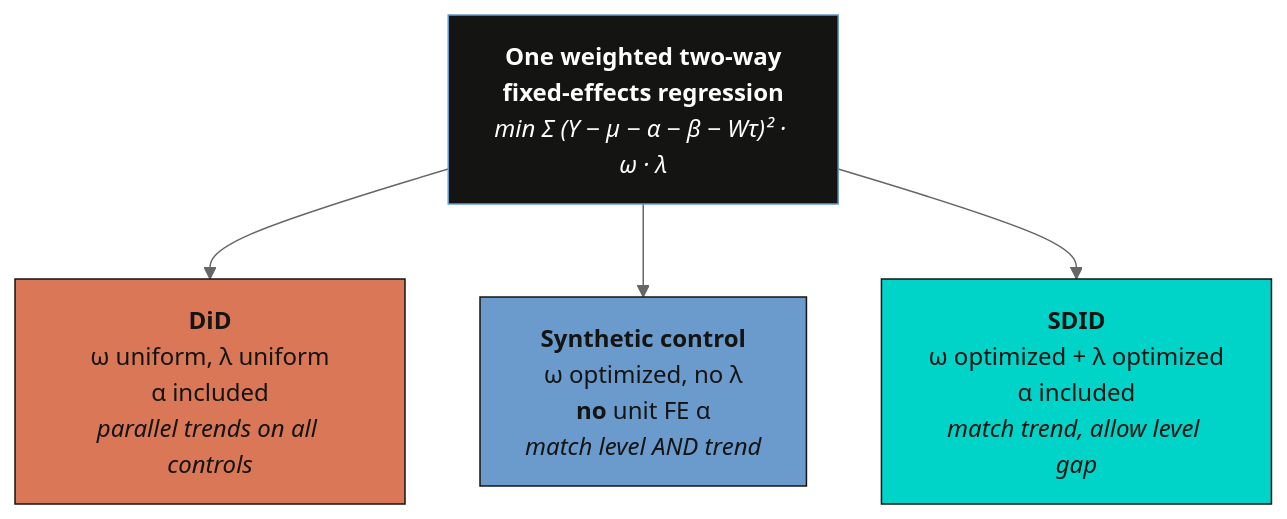
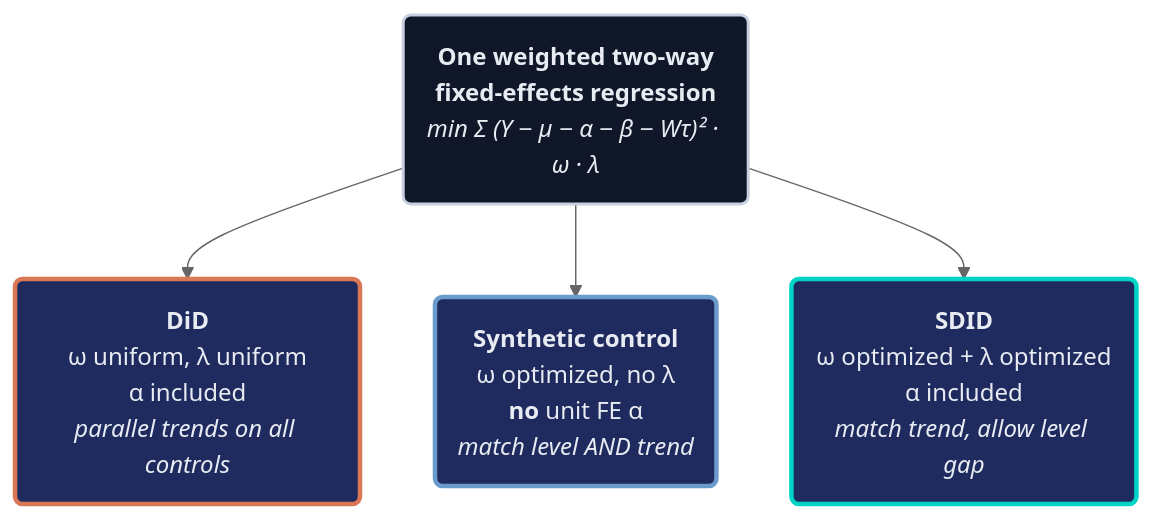
One commit to cmg777/starter-academic-v501 changed the second of 3 diagrams in content/post/stata_sdid/index.md. Above: the diagram before and after it, drawn with Mermaid (neutral theme). The commit also changed other lines of this file and 10 other files, not shown here.

First line of the commit message:
content(mermaid): restyle flowcharts in Stata posts (batch 2 of 2) and the EM publication (EN/ES/JA); add log

````diff
--- a/content/post/stata_sdid/index.md
+++ b/content/post/stata_sdid/index.md
@@ -241,11 +244,15 @@
 ```mermaid
 graph TD
-    OBJ["<b>One weighted two-way<br/>fixed-effects regression</b><br/><i>min Σ (Y − μ − α − β − Wτ)² · ω · λ</i>"]
-    OBJ --> DID["<b>DiD</b><br/>ω uniform, λ uniform<br/>α included<br/><i>parallel trends on all controls</i>"]
-    OBJ --> SC["<b>Synthetic control</b><br/>ω optimized, no λ<br/><b>no</b> unit FE α<br/><i>match level AND trend</i>"]
-    OBJ --> SDID["<b>SDID</b><br/>ω optimized + λ optimized<br/>α included<br/><i>match trend, allow level gap</i>"]
-    style OBJ fill:#141413,stroke:#6a9bcc,color:#fff
-    style DID fill:#d97757,stroke:#141413,color:#141413
-    style SC fill:#6a9bcc,stroke:#141413,color:#141413
-    style SDID fill:#00d4c8,stroke:#141413,color:#141413
+    OBJ("<b>One weighted two-way<br/>fixed-effects regression</b><br/><i>min Σ (Y − μ − α − β − Wτ)² · ω · λ</i>")
+    OBJ --> DID("<b>DiD</b><br/>ω uniform, λ uniform<br/>α included<br/><i>parallel trends on all controls</i>")
+    OBJ --> SC("<b>Synthetic control</b><br/>ω optimized, no λ<br/><b>no</b> unit FE α<br/><i>match level AND trend</i>")
+    OBJ --> SDID("<b>SDID</b><br/>ω optimized + λ optimized<br/>α included<br/><i>match trend, allow level gap</i>")
+    classDef anchor fill:#0f1729,stroke:#c8d0e0,stroke-width:2px,color:#e8ecf2
+    classDef orange fill:#1f2b5e,stroke:#d97757,stroke-width:3px,color:#e8ecf2
+    classDef blue fill:#1f2b5e,stroke:#6a9bcc,stroke-width:3px,color:#e8ecf2
+    classDef teal fill:#1f2b5e,stroke:#00d4c8,stroke-width:3px,color:#e8ecf2
+    class OBJ anchor
+    class DID orange
+    class SC blue
+    class SDID teal
 ```
````
